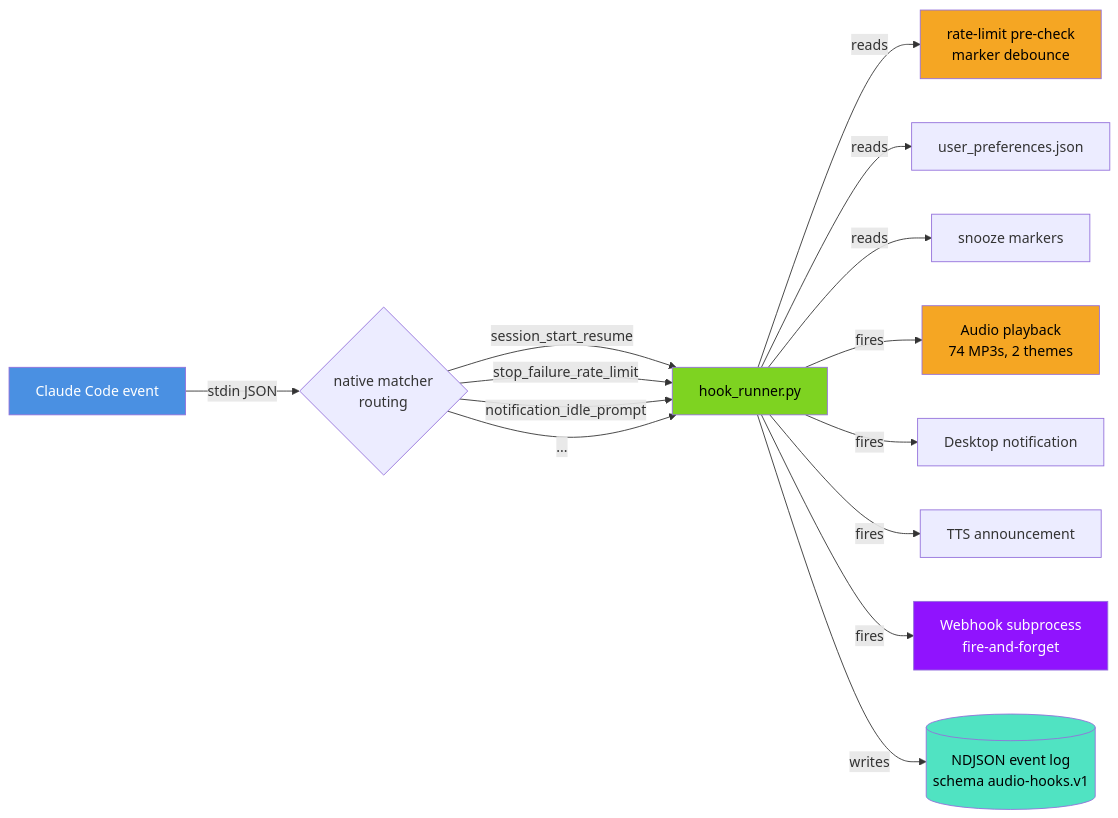
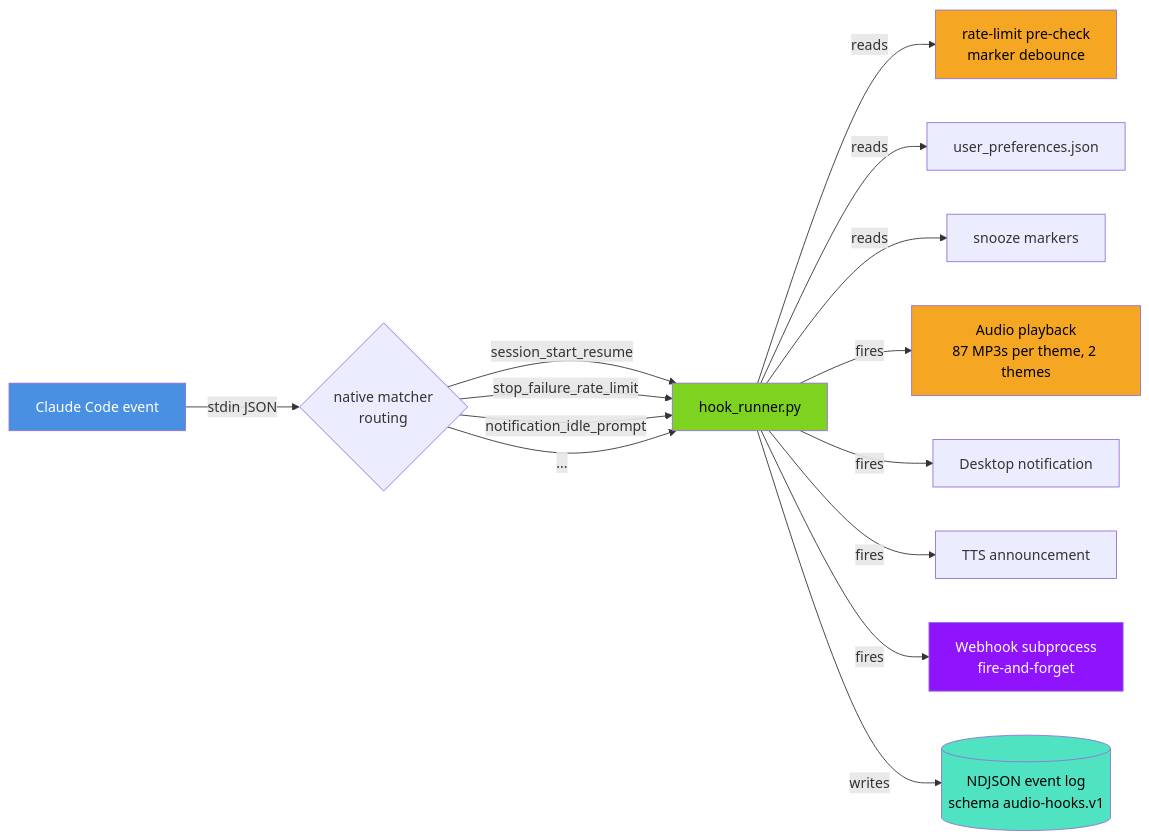
One commit to ChanMeng666/echook changed the first of 6 diagrams in docs/ARCHITECTURE.md. Above: the diagram before and after it, drawn with Mermaid. The commit also changed other lines of this file and 92 other files, not shown here.

````diff
--- a/docs/ARCHITECTURE.md
+++ b/docs/ARCHITECTURE.md
@@ -26,25 +26,25 @@
 ```mermaid
 flowchart LR
     CC[Claude Code event] -->|stdin JSON| MR{native matcher<br/>routing}
     MR -->|session_start_resume| HR[hook_runner.py]
     MR -->|stop_failure_rate_limit| HR
     MR -->|notification_idle_prompt| HR
     MR -->|...| HR
 
     HR -->|reads| RL[rate-limit pre-check<br/>marker debounce]
     HR -->|reads| CFG[user_preferences.json]
     HR -->|reads| MARK[snooze markers]
 
-    HR -->|fires| AUDIO[Audio playback<br/>74 MP3s, 2 themes]
+    HR -->|fires| AUDIO[Audio playback<br/>87 MP3s per theme, 2 themes]
     HR -->|fires| NOTIF[Desktop notification]
     HR -->|fires| TTS[TTS announcement]
     HR -->|fires| WH[Webhook subprocess<br/>fire-and-forget]
     HR -->|writes| LOG[(NDJSON event log<br/>schema audio-hooks.v1)]
 
     style CC fill:#4A90E2,color:#fff
     style HR fill:#7ED321,color:#000
     style RL fill:#F5A623,color:#000
     style AUDIO fill:#F5A623,color:#000
     style WH fill:#9013FE,color:#fff
     style LOG fill:#50E3C2,color:#000
 ```
````
